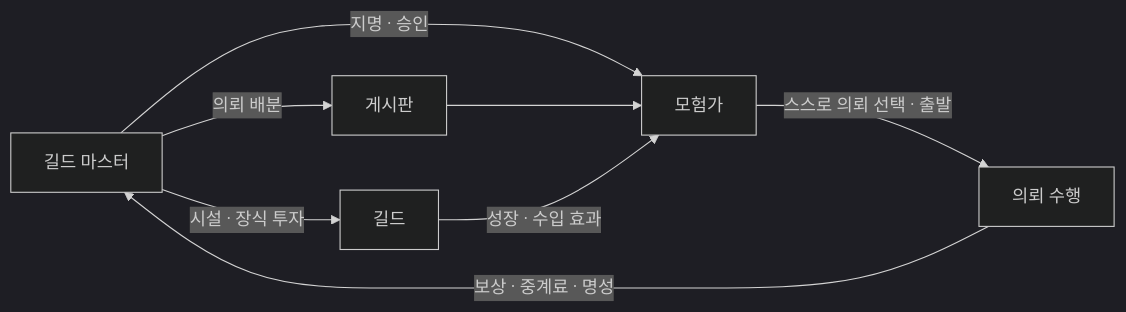
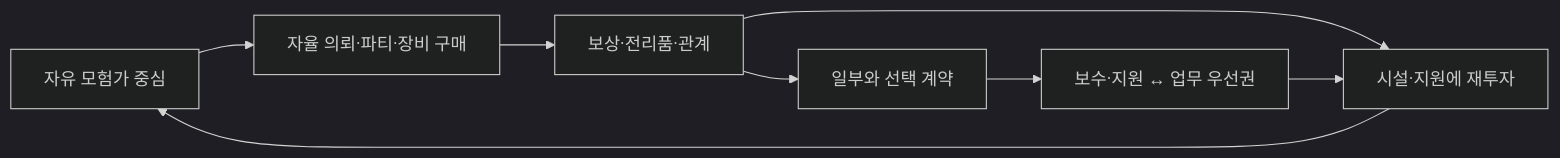
Before and after one commit to applesoda01/Project_F: the diagram in docs/book-v2/src/ch01/concept.md, drawn with Mermaid (dark theme). The commit also changed other lines of this file and 102 other files, not shown here.

````diff
--- a/docs/book-v2/src/ch01/concept.md
+++ b/docs/book-v2/src/ch01/concept.md
@@ -30,10 +26,10 @@
 ```mermaid
 flowchart LR
-  P[길드 마스터] -->|의뢰 배분| B[게시판]
-  P -->|시설 · 장식 투자| G[길드]
-  P -->|지명 · 승인| A[모험가]
-  B --> A
-  G -->|성장 · 수입 효과| A
-  A -->|스스로 의뢰 선택 · 출발| Q[의뢰 수행]
-  Q -->|보상 · 중계료 · 명성| P
+  A[자유 모험가 중심] --> B[자율 의뢰·파티·장비 구매]
+  B --> C[보상·전리품·관계]
+  C --> D[시설·지원에 재투자]
+  D --> A
+  C --> E[일부와 선택 계약]
+  E --> F[보수·지원 ↔ 업무 우선권]
+  F --> D
 ```
````
